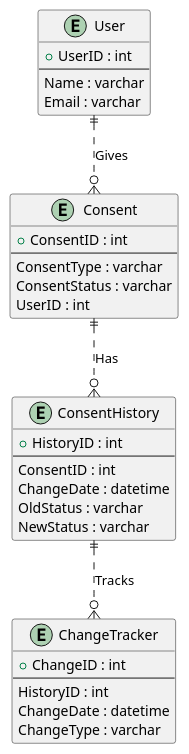
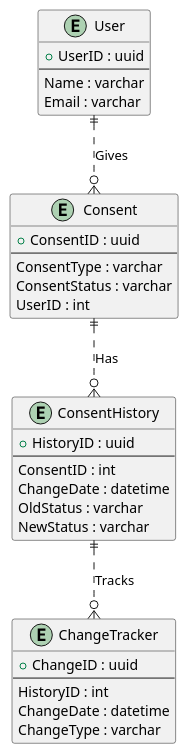
One commit to msfs11/ConsentManager changed the diagram in docs/er.puml. Above: the diagram before and after it, drawn with PlantUML. The commit also changed 5 other files, not shown here.

```diff
--- a/docs/er.puml
+++ b/docs/er.puml
@@ -1,39 +1,39 @@
 @startuml
 
 entity "User" as user {
-  + UserID : int
+  + UserID : uuid
   --
   Name : varchar
   Email : varchar
 }
 
 entity "Consent" as consent {
-  + ConsentID : int
+  + ConsentID : uuid
   --
   ConsentType : varchar
   ConsentStatus : varchar
   UserID : int
 }
 
 entity "ConsentHistory" as history {
-  + HistoryID : int
+  + HistoryID : uuid
   --
   ConsentID : int
   ChangeDate : datetime
   OldStatus : varchar
   NewStatus : varchar
 }
 
 entity "ChangeTracker" as tracker {
-  + ChangeID : int
+  + ChangeID : uuid
   --
   HistoryID : int
   ChangeDate : datetime
   ChangeType : varchar
 }
 
 user ||..o{ consent : Gives
 consent ||..o{ history : Has
 history ||..o{ tracker : Tracks
 
 @enduml
```
